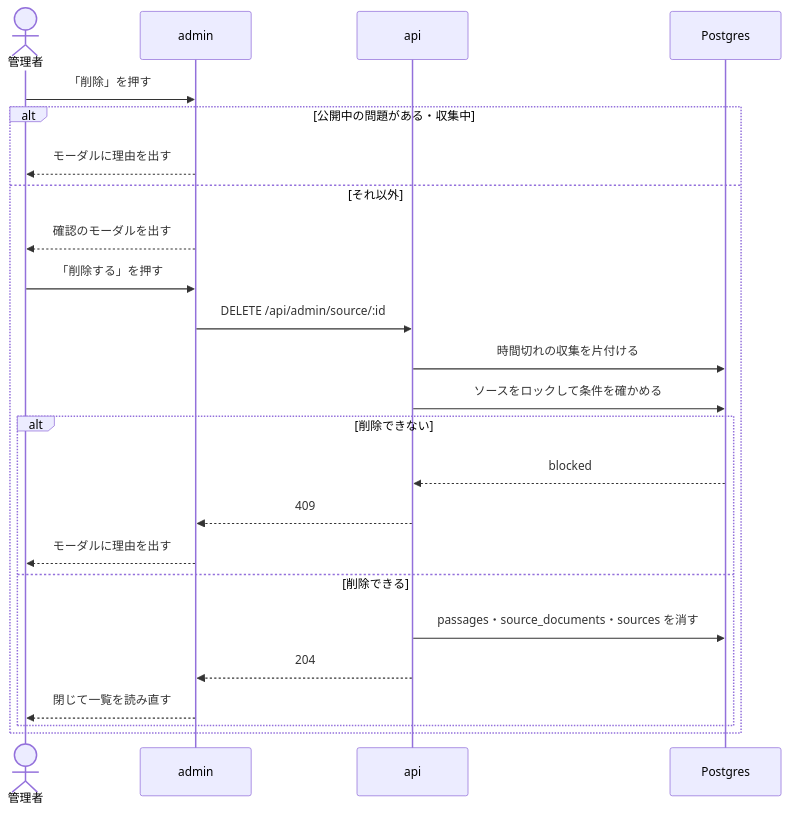
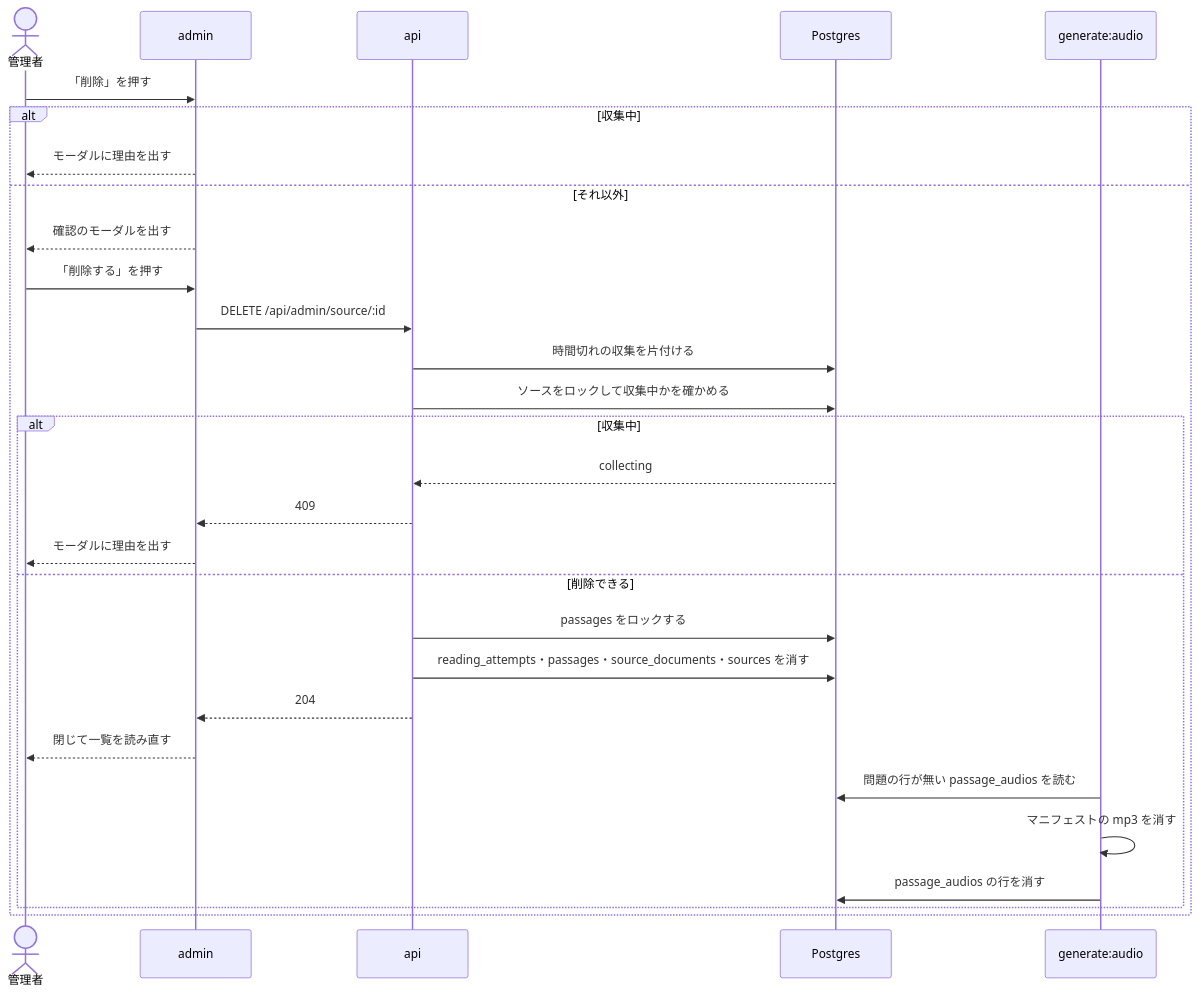
Before and after one commit to kentakki416/tech-english: the second of 2 diagrams in docs/spec/source-deletion/README.md, drawn with Mermaid. The commit also changed other lines of this file and 32 other files, not shown here.

Commit message:
feat(api): ソースの削除で公開中の問題・解答の記録・音声も一緒に消す（止めるのは収集中だけにする。音声の行と課金の記録は外部キーを外して残し、mp3 は generate:audio が消す）

````diff
--- a/docs/spec/source-deletion/README.md
+++ b/docs/spec/source-deletion/README.md
@@ -160,27 +175,32 @@
 ```mermaid
 sequenceDiagram
     actor Admin as 管理者
     participant UI as admin
     participant API as api
     participant DB as Postgres
+    participant Cron as generate:audio
 
     Admin->>UI: 「削除」を押す
-    alt 公開中の問題がある・収集中
+    alt 収集中
         UI-->>Admin: モーダルに理由を出す
     else それ以外
         UI-->>Admin: 確認のモーダルを出す
         Admin->>UI: 「削除する」を押す
         UI->>API: DELETE /api/admin/source/:id
         API->>DB: 時間切れの収集を片付ける
-        API->>DB: ソースをロックして条件を確かめる
-        alt 削除できない
-            DB-->>API: blocked
+        API->>DB: ソースをロックして収集中かを確かめる
+        alt 収集中
+            DB-->>API: collecting
             API-->>UI: 409
             UI-->>Admin: モーダルに理由を出す
         else 削除できる
-            API->>DB: passages・source_documents・sources を消す
+            API->>DB: passages をロックする
+            API->>DB: reading_attempts・passages・source_documents・sources を消す
             API-->>UI: 204
             UI-->>Admin: 閉じて一覧を読み直す
+            Cron->>DB: 問題の行が無い passage_audios を読む
+            Cron->>Cron: マニフェストの mp3 を消す
+            Cron->>DB: passage_audios の行を消す
         end
     end
 ```
````
